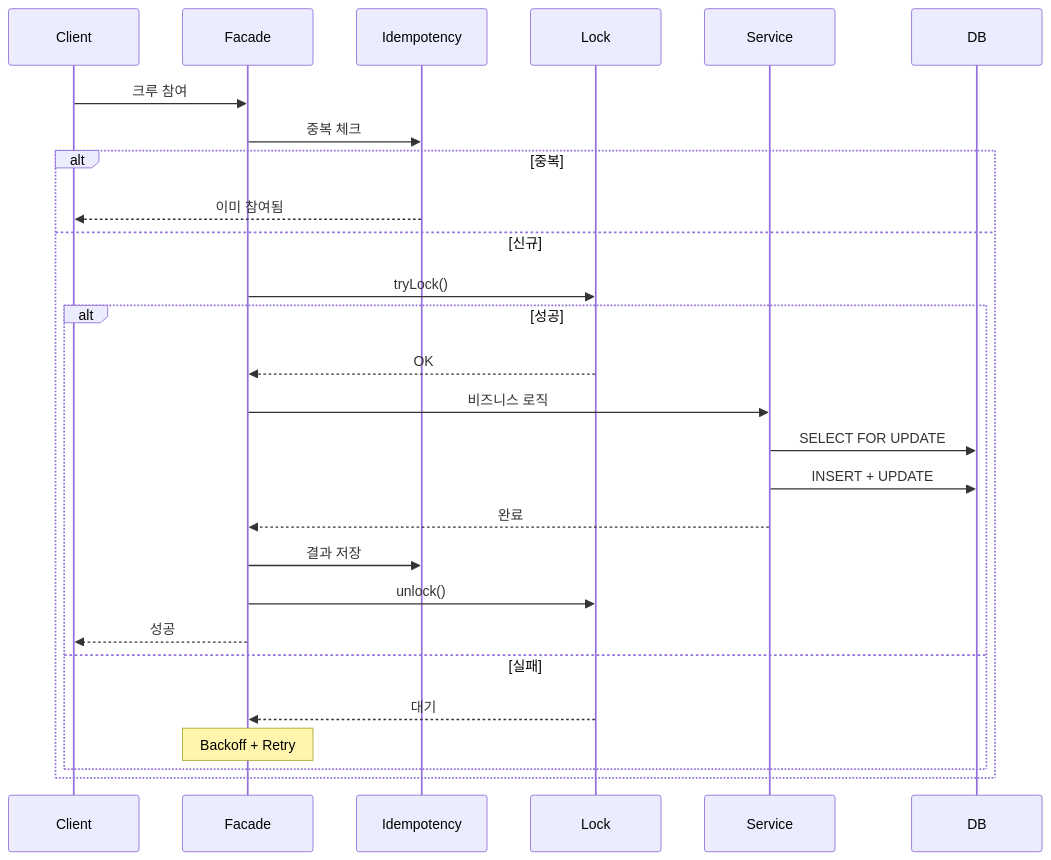
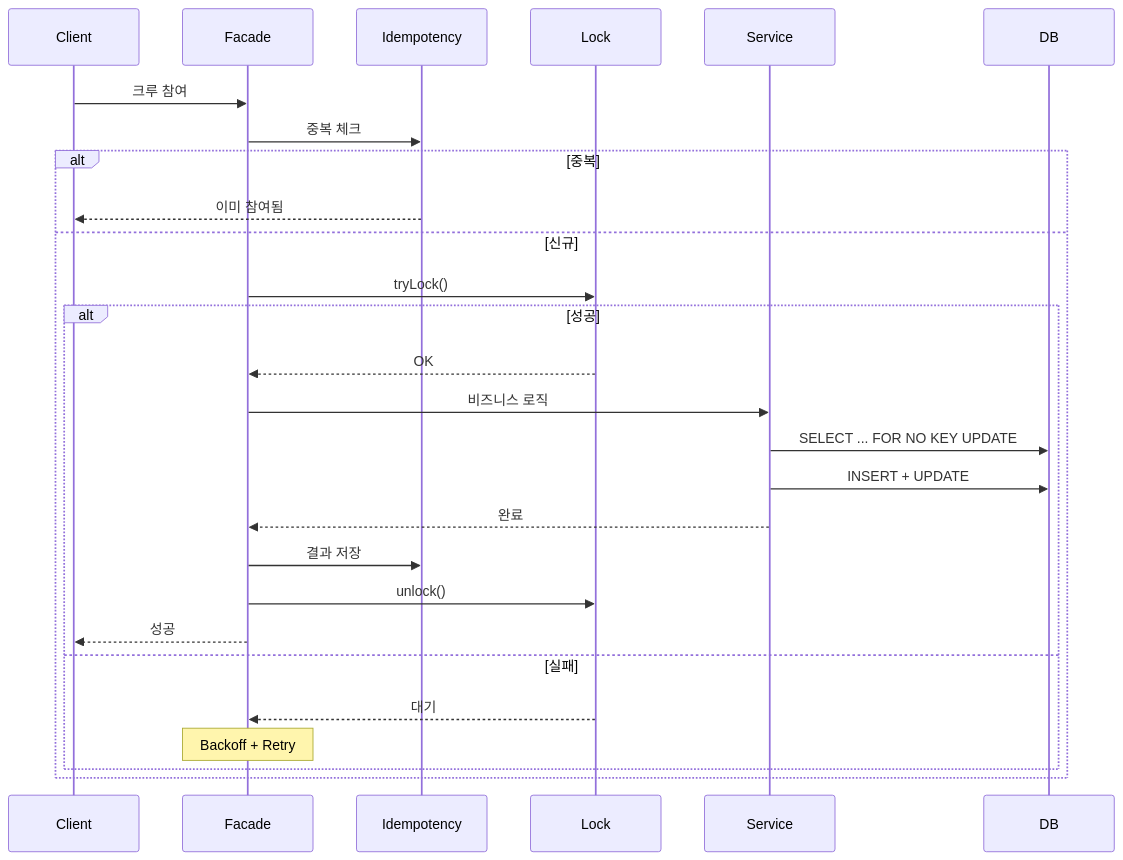
One commit to JianYang98/TriAgain changed the first of 2 diagrams in docs/spec/sequence/crew-join.md. Above: the diagram before and after it, drawn with Mermaid. The commit also changed other lines of this file and 5 other files, not shown here.

````diff
--- a/docs/spec/sequence/crew-join.md
+++ b/docs/spec/sequence/crew-join.md
@@ -5,33 +5,33 @@
 ```mermaid
 sequenceDiagram
     participant Client
     participant Facade
     participant Idem as Idempotency
     participant Lock
     participant Service
     participant DB
 
     Client->>Facade: 크루 참여
 
     Facade->>Idem: 중복 체크
     alt 중복
         Idem-->>Client: 이미 참여됨
     else 신규
         Facade->>Lock: tryLock()
 
         alt 성공
             Lock-->>Facade: OK
             Facade->>Service: 비즈니스 로직
-            Service->>DB: SELECT FOR UPDATE
+            Service->>DB: SELECT ... FOR NO KEY UPDATE
             Service->>DB: INSERT + UPDATE
             Service-->>Facade: 완료
             Facade->>Idem: 결과 저장
             Facade->>Lock: unlock()
             Facade-->>Client: 성공
 
         else 실패
             Lock-->>Facade: 대기
             Note over Facade: Backoff + Retry
         end
     end
 ```
````
